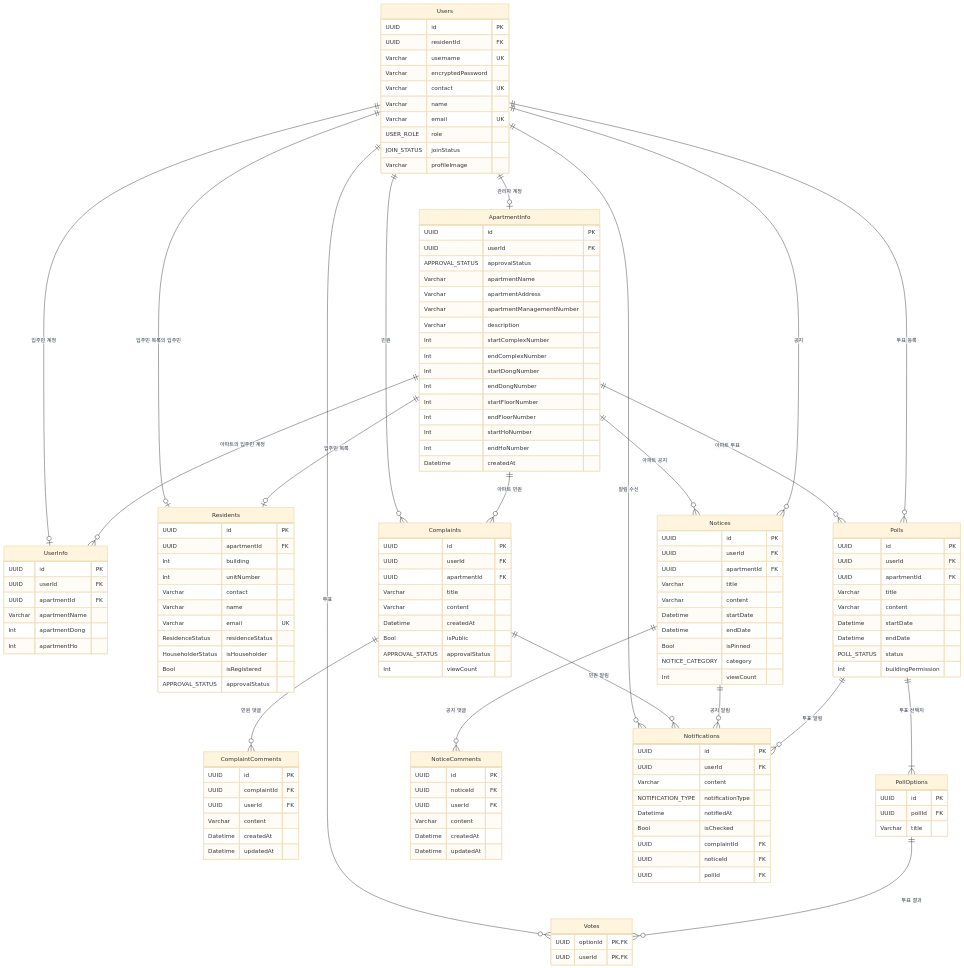
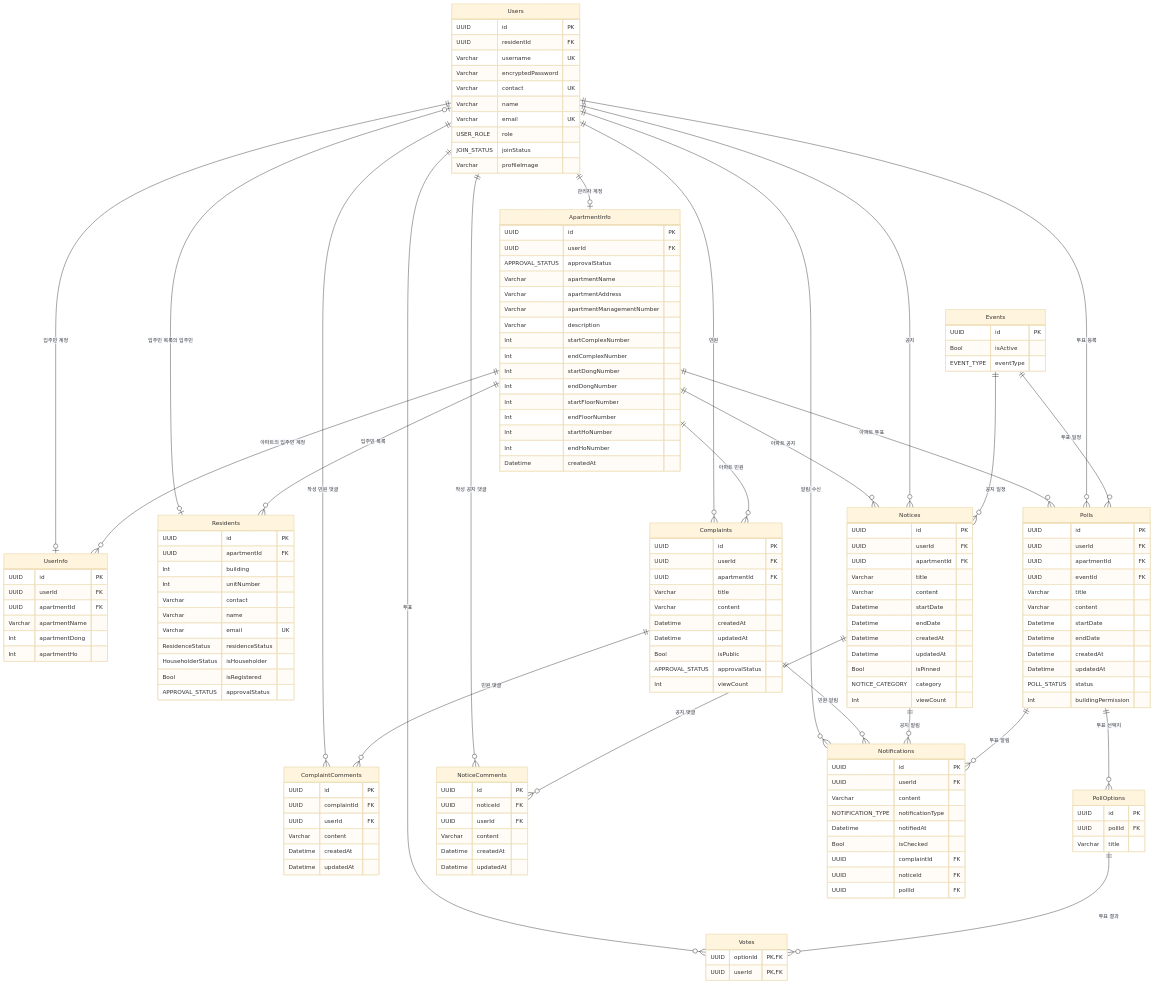
The diagram in erd.v1.md (nb01-welive-team2/nb01-welive-team2), drawn with Mermaid (base theme) before and after one commit. The commit also changed 1 other file, not shown here.

Commit message:
#51 erd md파일 최종수정

````diff
--- a/erd.v1.md
+++ b/erd.v1.md
@@ -68,6 +68,7 @@
   Varchar title
   Varchar content
   Datetime createdAt
+  Datetime updatedAt
   Bool isPublic
   APPROVAL_STATUS approvalStatus
   Int viewCount
@@ -83,14 +84,25 @@
   Datetime updatedAt
 }
 
+Events {
+  UUID id PK
+  Bool isActive
+  EVENT_TYPE eventType
+}
+%% isActive @default(false)
+%% EVENT_TYPE : NOTICE, POLL
+
 Polls {
   UUID id PK
   UUID userId FK
   UUID apartmentId FK
+  UUID eventId FK
   Varchar title
   Varchar content
   Datetime startDate
   Datetime endDate
+  Datetime createdAt
+  Datetime updatedAt
   POLL_STATUS status
   Int buildingPermission
 }
@@ -116,6 +128,8 @@
   Varchar content
   Datetime startDate
   Datetime endDate
+  Datetime createdAt
+  Datetime updatedAt
   Bool isPinned
   NOTICE_CATEGORY category
   Int viewCount
@@ -150,22 +164,26 @@
 
 Users ||--o| ApartmentInfo : "관리자 계정"
 Users ||--o| UserInfo : "입주민 계정"
-Users ||--o| Residents : "입주민 목록의 입주민"
+Users |o--o| Residents : "입주민 목록의 입주민"
 ApartmentInfo ||--o{ UserInfo : "아파트의 입주민 계정"
-ApartmentInfo ||--o| Residents : "입주민 목록"
+ApartmentInfo ||--o{ Residents : "입주민 목록"
 Users ||--o{ Complaints : "민원"
+Users ||--o{ ComplaintComments : "작성 민원 댓글"
 Complaints ||--o{ ComplaintComments : "민원 댓글"
 ApartmentInfo ||--o{ Complaints : "아파트 민원"
 ApartmentInfo ||--o{ Polls : "아파트 투표"
 ApartmentInfo ||--o{ Notices : "아파트 공지"
 Users ||--o{ Polls : "투표 등록"
-Polls ||--|{ PollOptions : "투표 선택지"
+Polls ||--o{ PollOptions : "투표 선택지"
 Users ||--o{ Votes : "투표"
 PollOptions ||--o{ Votes : "투표 결과"
 Users ||--o{ Notices : "공지"
+Users ||--o{ NoticeComments : "작성 공지 댓글"
 Notices ||--o{ NoticeComments : "공지 댓글"
 Users ||--o{ Notifications : "알림 수신"
 Complaints ||--o{ Notifications : "민원 알림"
 Notices ||--o{ Notifications : "공지 알림"
 Polls ||--o{ Notifications : "투표 알림"
+Events ||--o{ Notices : "공지 일정"
+Events ||--o{ Polls : "투표 일정"
 ```
````
